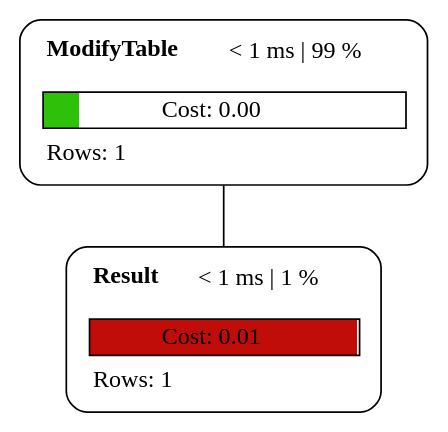
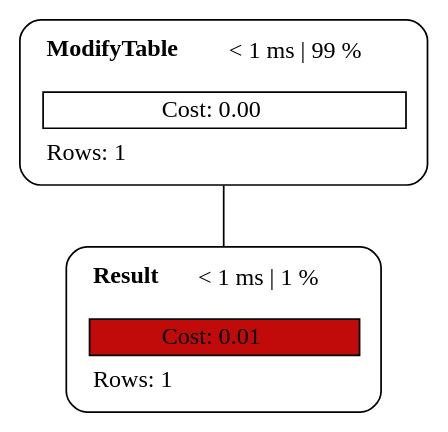
The diagram in examples/plan_trigger.dot (sanpii/explain), drawn with Graphviz before and after one commit. The commit also changed 16 other files, not shown here.

```diff
--- a/examples/plan_trigger.dot
+++ b/examples/plan_trigger.dot
@@ -1,5 +1,5 @@
 graph explain {
-    node0[label=<<table border="0" cellborder="0" cellspacing="5"><tr><td align="left"><b>ModifyTable</b></td><td>&lt; 1 ms | 99 %</td></tr><tr><td colspan="2" align="left"></td></tr><tr><td colspan="2" border="1" bgcolor="#2ec10a;0.10:white">Cost: 0.00</td></tr><tr><td colspan="2" align="left">Rows: 1</td></tr></table>>][style="rounded"][shape="box"];
-    node1[label=<<table border="0" cellborder="0" cellspacing="5"><tr><td align="left"><b>Result</b></td><td>&lt; 1 ms | 1 %</td></tr><tr><td colspan="2" align="left"></td></tr><tr><td colspan="2" border="1" bgcolor="#c10d0a;0.99:white">Cost: 0.01</td></tr><tr><td colspan="2" align="left">Rows: 1</td></tr></table>>][style="rounded"][shape="box"];
+    node0[label=<<table border="0" cellborder="0" cellspacing="5"><tr><td align="left"><b>ModifyTable</b></td><td>&lt; 1 ms | 99 %</td></tr><tr><td colspan="2" align="left"></td></tr><tr><td colspan="2" border="1" >Cost: 0.00</td></tr><tr><td colspan="2" align="left">Rows: 1</td></tr></table>>][style="rounded"][shape="box"];
+    node1[label=<<table border="0" cellborder="0" cellspacing="5"><tr><td align="left"><b>Result</b></td><td>&lt; 1 ms | 1 %</td></tr><tr><td colspan="2" align="left"></td></tr><tr><td colspan="2" border="1" bgcolor="#c10a0a">Cost: 0.01</td></tr><tr><td colspan="2" align="left">Rows: 1</td></tr></table>>][style="rounded"][shape="box"];
     node0 -- node1[label=""];
 }
```
